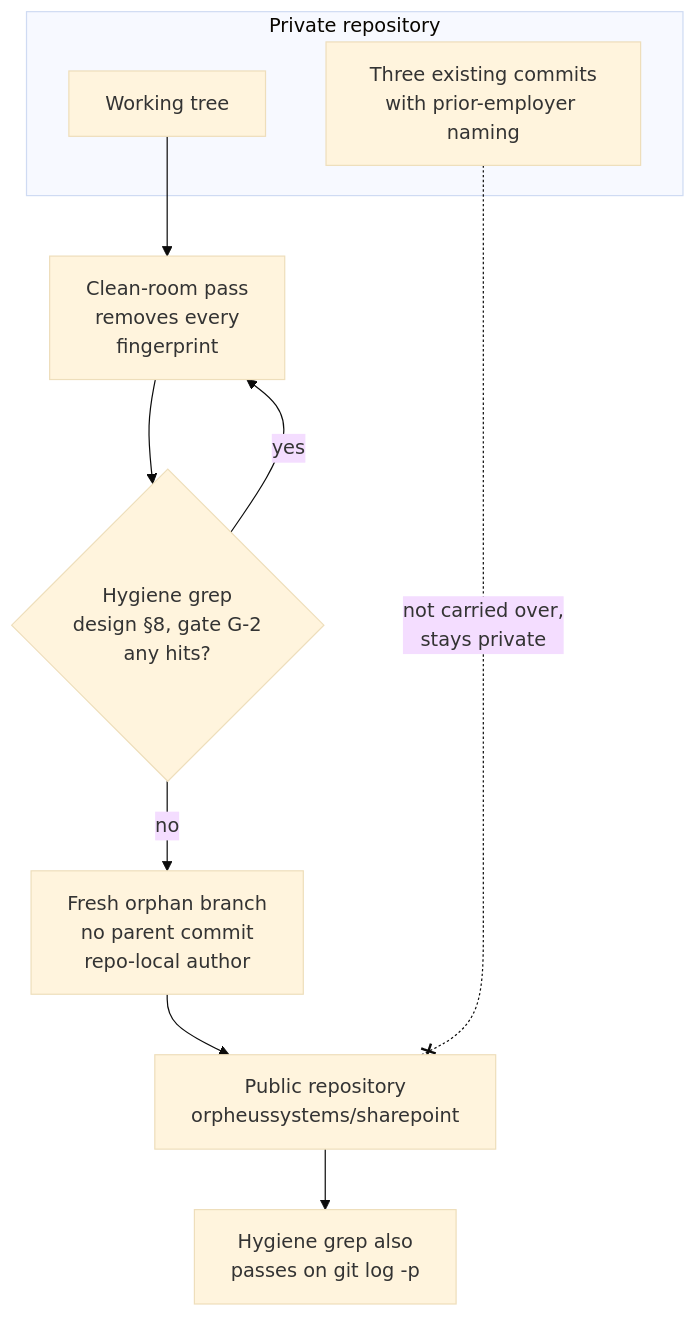
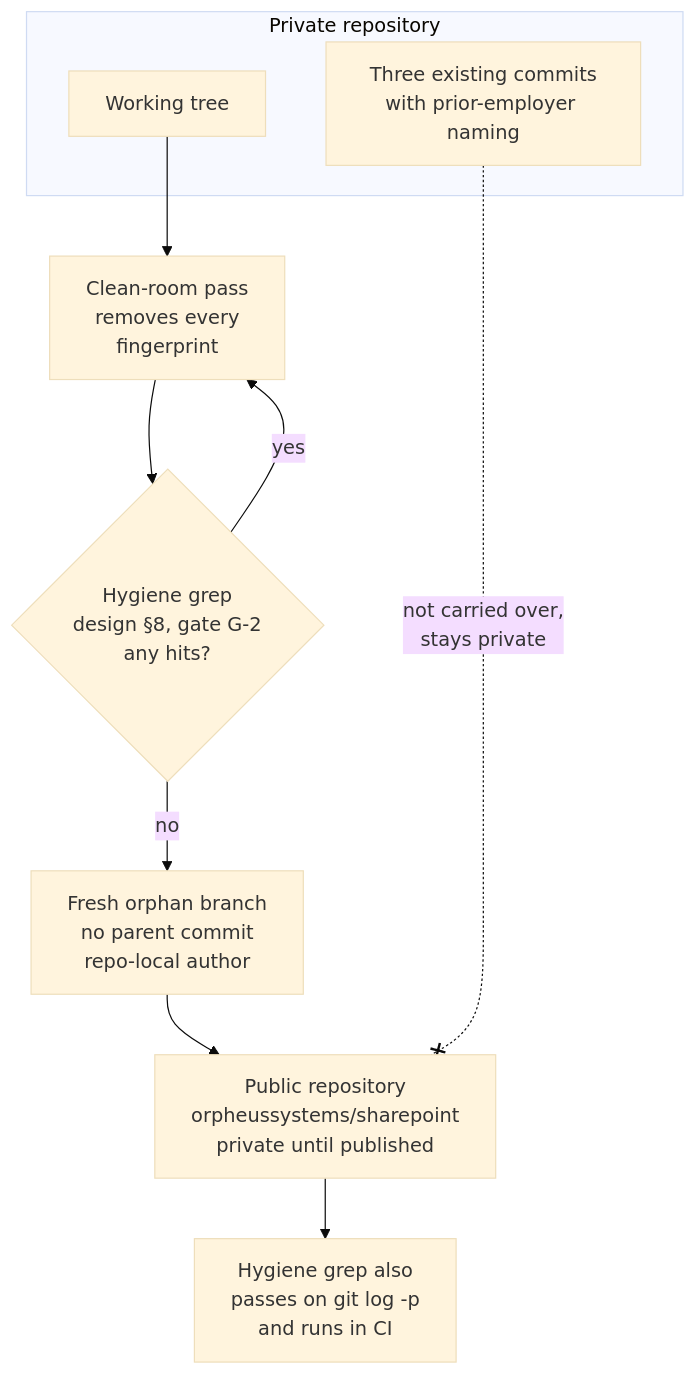
One commit to Sartor87/orpheus-systems-sharepoint changed the diagram in architecture/adr/0007-fresh-orphan-branch-for-public-repo.md. Above: the diagram before and after it, drawn with Mermaid (base theme). The commit also changed other lines of this file and 9 other files, not shown here.

````diff
--- a/architecture/adr/0007-fresh-orphan-branch-for-public-repo.md
+++ b/architecture/adr/0007-fresh-orphan-branch-for-public-repo.md
@@ -34,14 +34,14 @@
 ```mermaid
 flowchart TB
   subgraph PRIV["Private repository"]
     H["Three existing commits<br/>with prior-employer naming"]
     WT["Working tree"]
   end
   WT --> CR["Clean-room pass<br/>removes every<br/>fingerprint"]
   CR --> G{"Hygiene grep<br/>design §8, gate G-2<br/>any hits?"}
   G -->|"yes"| CR
   G -->|"no"| O["Fresh orphan branch<br/>no parent commit<br/>repo-local author"]
-  O --> PUB["Public repository<br/>orpheussystems/sharepoint"]
+  O --> PUB["Public repository<br/>orpheussystems/sharepoint<br/>private until published"]
   H -.-x|"not carried over,<br/>stays private"| PUB
-  PUB --> GATE["Hygiene grep also<br/>passes on git log -p"]
+  PUB --> GATE["Hygiene grep also<br/>passes on git log -p<br/>and runs in CI"]
 ```
````
